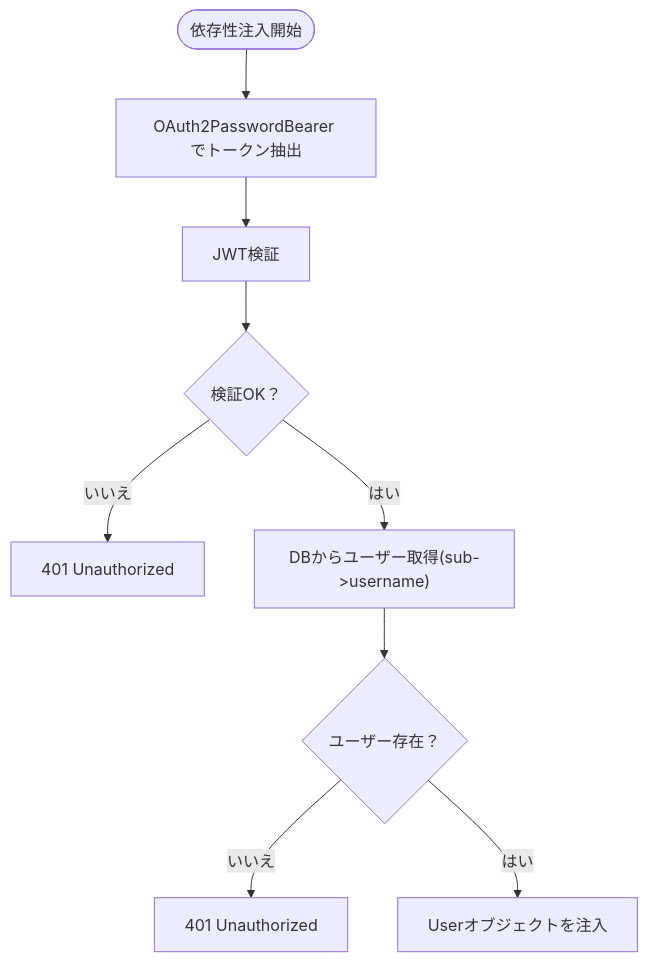
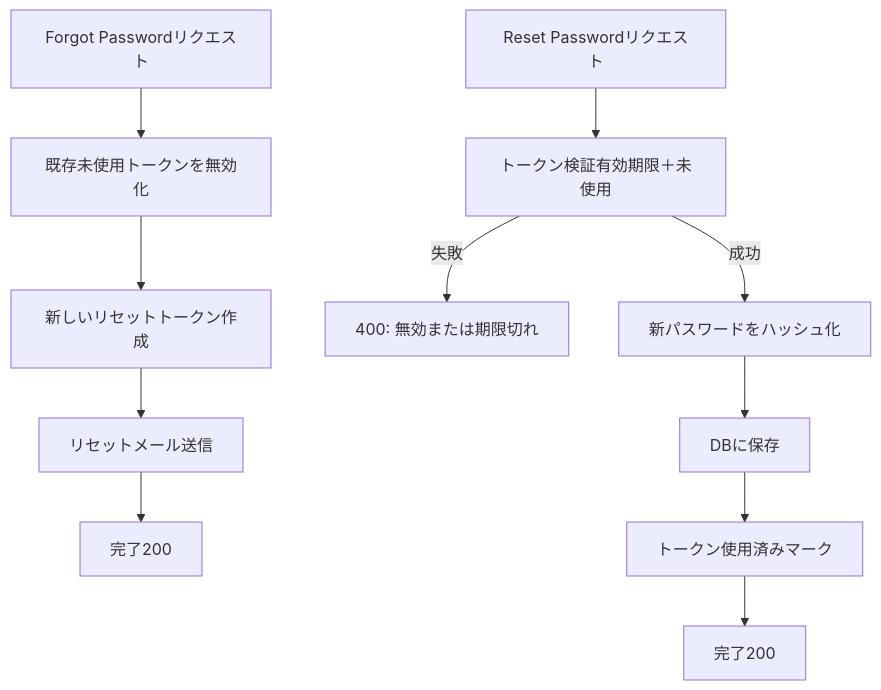
Before and after one commit to ss8806/Todos: the fifth of 6 diagrams in .qoder/repowiki/ja/content/認証システム/認証システム.md, drawn with Mermaid. The commit also changed other lines of this file and 106 other files, not shown here.

````diff
--- a/.qoder/repowiki/ja/content/認証システム/認証システム.md
+++ b/.qoder/repowiki/ja/content/認証システム/認証システム.md
@@ -276,11 +273,13 @@
 ```mermaid
 flowchart TD
-Enter(["依存性注入開始"]) --> Extract["OAuth2PasswordBearer でトークン抽出"]
-Extract --> Decode["JWT検証"]
-Decode --> Valid{"検証OK？"}
-Valid --> |いいえ| E401["401 Unauthorized"]
-Valid --> |はい| GetU["DBからユーザー取得(sub->username)"]
-GetU --> Found{"ユーザー存在？"}
-Found --> |いいえ| E401B["401 Unauthorized"]
-Found --> |はい| Done["Userオブジェクトを注入"]
+FP["Forgot Passwordリクエスト"] --> Invalidate["既存未使用トークンを無効化"]
+Invalidate --> Create["新しいリセットトークン作成"]
+Create --> Send["リセットメール送信"]
+Send --> DoneFP["完了200"]
+RP["Reset Passwordリクエスト"] --> Verify["トークン検証有効期限＋未使用"]
+Verify --> |失敗| Bad["400: 無効または期限切れ"]
+Verify --> |成功| Hash["新パスワードをハッシュ化"]
+Hash --> Save["DBに保存"]
+Save --> Mark["トークン使用済みマーク"]
+Mark --> DoneRP["完了200"]
 ```
````
